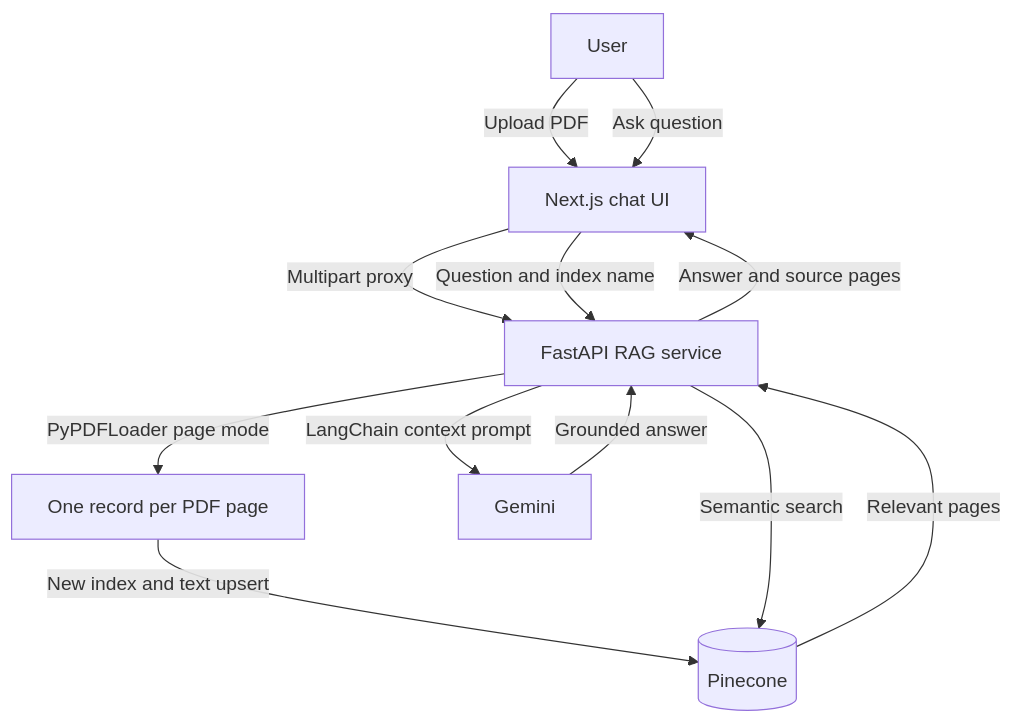
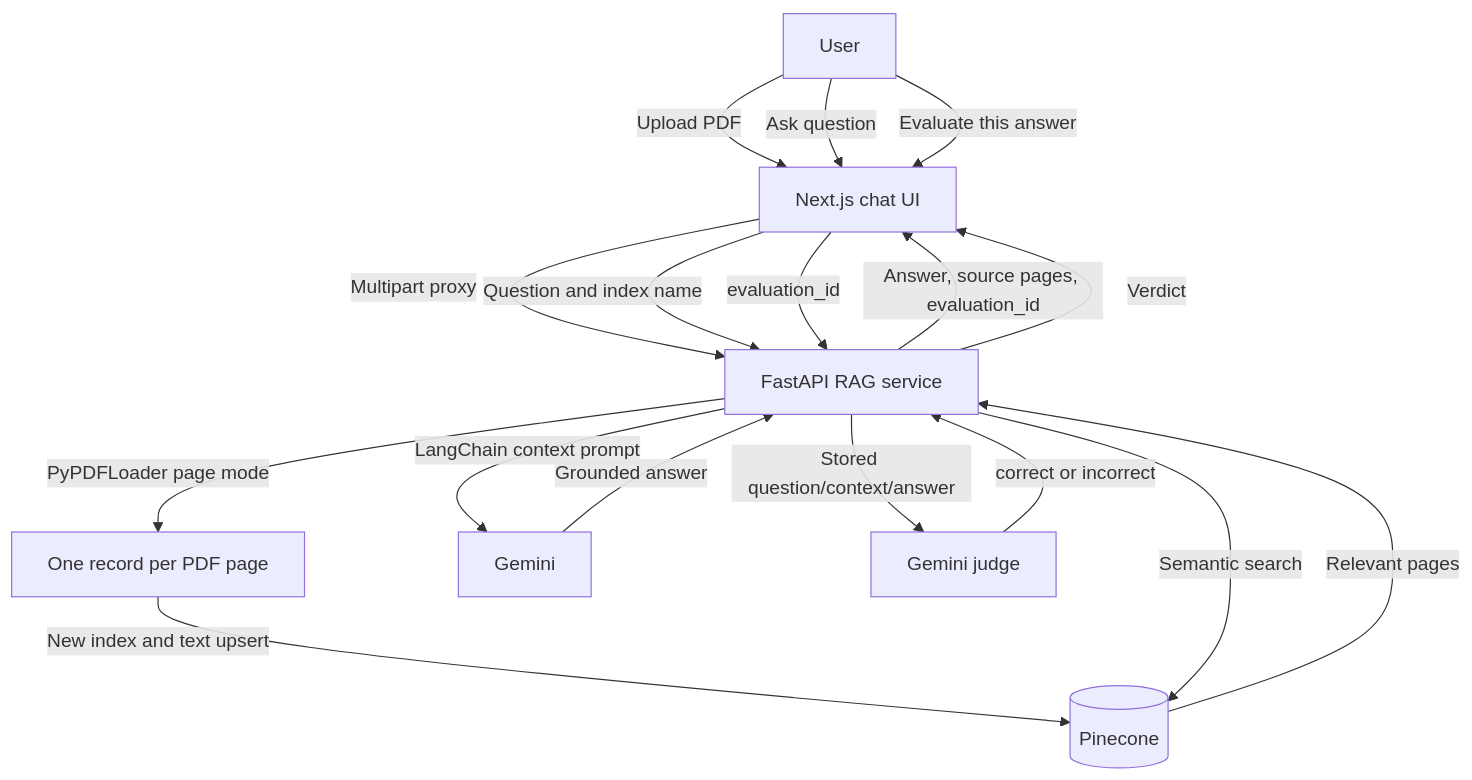
The diagram in README.md (satoorneelima13-glitch/my_test_chat_app), drawn with Mermaid before and after one commit. The commit also changed other lines of this file and 14 other files, not shown here.

````diff
--- a/README.md
+++ b/README.md
@@ -9,14 +9,19 @@
 ```mermaid
 flowchart TD
     U[User] -->|Upload PDF| N[Next.js chat UI]
     N -->|Multipart proxy| F[FastAPI RAG service]
     F -->|PyPDFLoader page mode| C[One record per PDF page]
     C -->|New index and text upsert| P[(Pinecone)]
     U -->|Ask question| N
     N -->|Question and index name| F
     F -->|Semantic search| P
     P -->|Relevant pages| F
     F -->|LangChain context prompt| G[Gemini]
     G -->|Grounded answer| F
-    F -->|Answer and source pages| N
+    F -->|Answer, source pages, evaluation_id| N
+    U -->|Evaluate this answer| N
+    N -->|evaluation_id| F
+    F -->|Stored question/context/answer| J[Gemini judge]
+    J -->|correct or incorrect| F
+    F -->|Verdict| N
 ```
````
